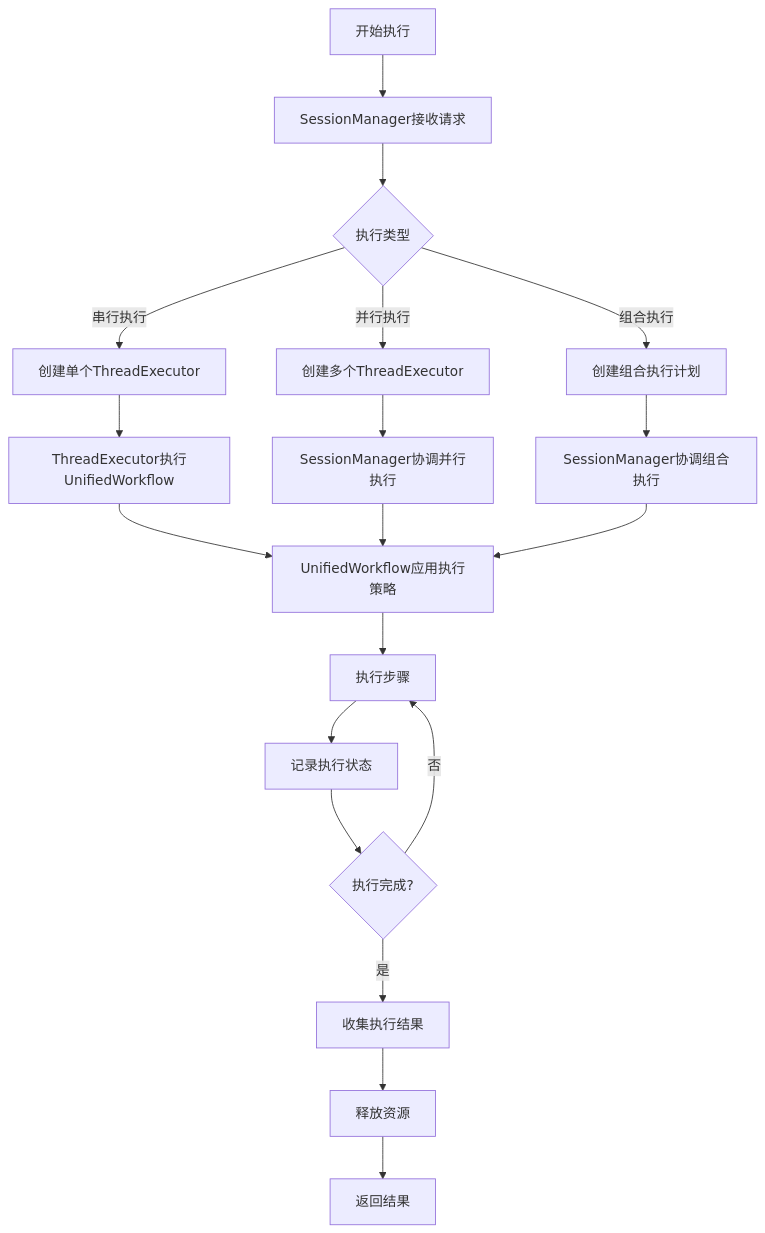
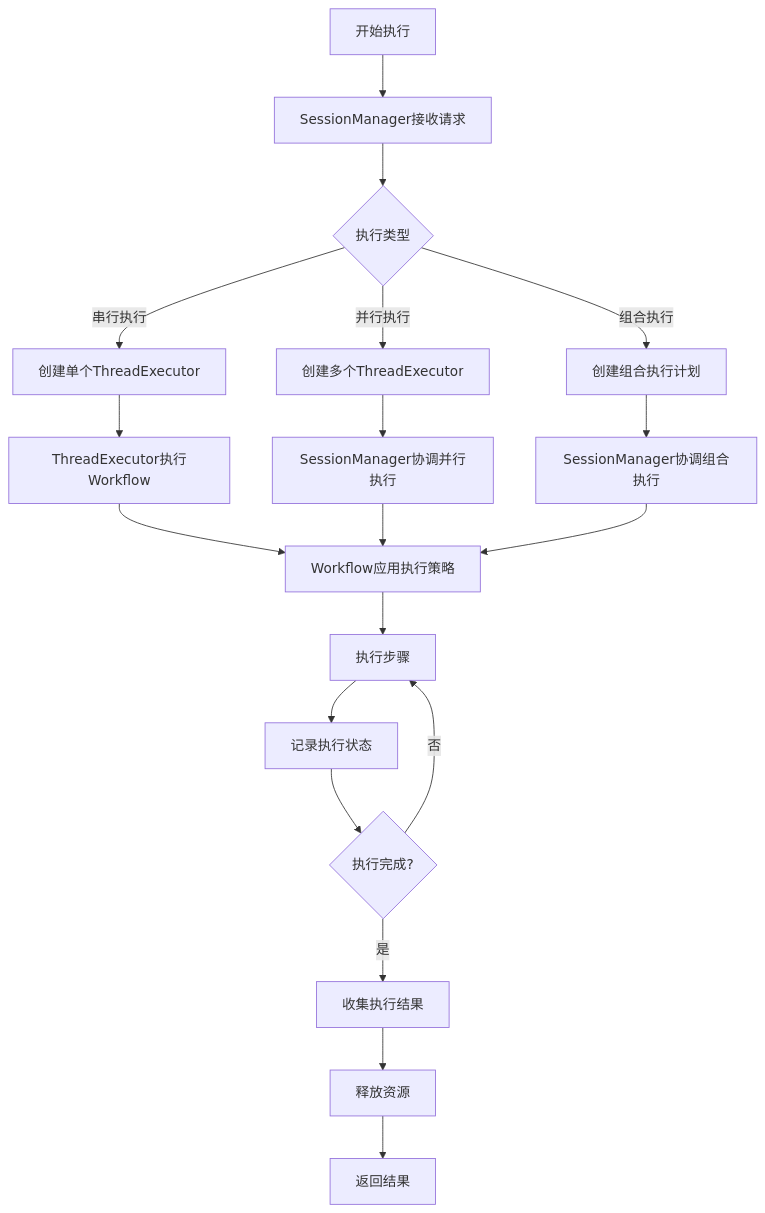
Before and after one commit to kkkqkx123/graph-agent: the diagram in docs/architecture/final-architecture-analysis.md, drawn with Mermaid. The commit also changed other lines of this file and 14 other files, not shown here.

Commit message:
update plan for session-thread-workflow

````diff
--- a/docs/architecture/final-architecture-analysis.md
+++ b/docs/architecture/final-architecture-analysis.md
@@ -228,25 +228,25 @@
 ```mermaid
 graph TD
     A[开始执行] --> B[SessionManager接收请求]
     B --> C{执行类型}
     C -->|串行执行| D[创建单个ThreadExecutor]
     C -->|并行执行| E[创建多个ThreadExecutor]
     C -->|组合执行| F[创建组合执行计划]
     
-    D --> G[ThreadExecutor执行UnifiedWorkflow]
+    D --> G[ThreadExecutor执行Workflow]
     E --> H[SessionManager协调并行执行]
     F --> I[SessionManager协调组合执行]
     
-    G --> J[UnifiedWorkflow应用执行策略]
+    G --> J[Workflow应用执行策略]
     H --> J
     I --> J
     
     J --> K[执行步骤]
     K --> L[记录执行状态]
     L --> M{执行完成?}
     M -->|否| K
     M -->|是| N[收集执行结果]
     
     N --> O[释放资源]
     O --> P[返回结果]
 ```
````
